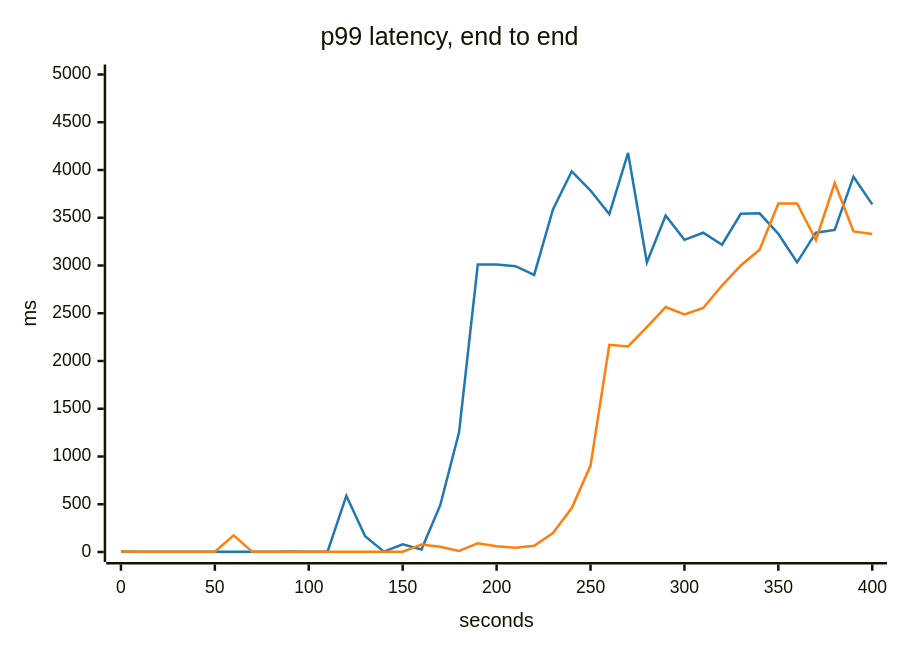
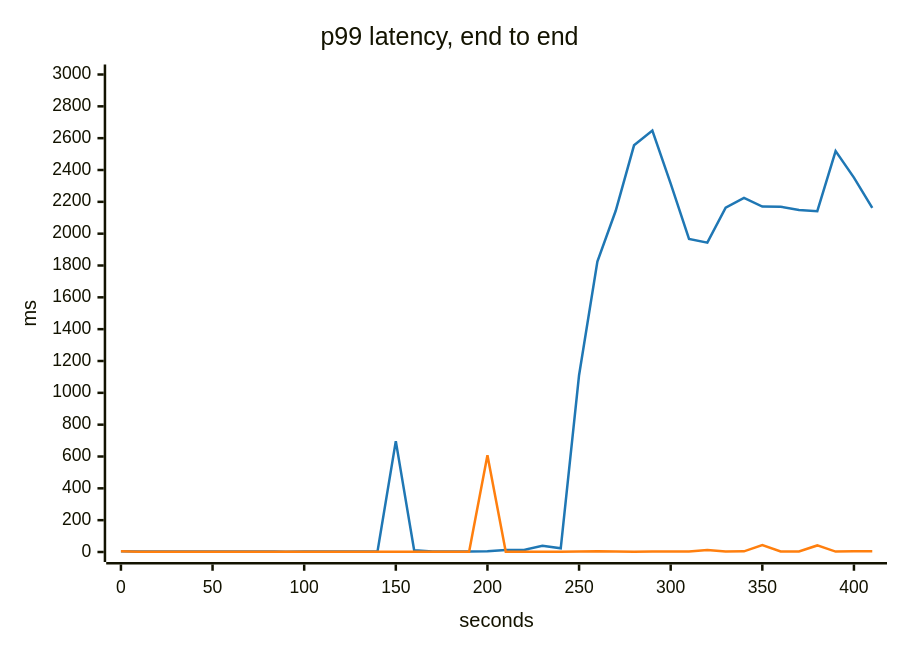
One commit to akinfemi/load-lore changed the second of 2 diagrams in scenarios/when-to-scale-your-database/solutions/one-query-per-page/compare.md. Above: the diagram before and after it, drawn with Mermaid. The commit also changed other lines of this file and 4 other files, not shown here.

````diff
--- a/scenarios/when-to-scale-your-database/solutions/one-query-per-page/compare.md
+++ b/scenarios/when-to-scale-your-database/solutions/one-query-per-page/compare.md
@@ -52,15 +52,15 @@
 ```mermaid
 ---
 config:
   themeVariables:
     xyChart:
       backgroundColor: "transparent"
       plotColorPalette: "#1f77b4, #ff7f0e"
 ---
 xychart-beta
     title "p99 latency, end to end"
-    x-axis "seconds" 0 --> 400
-    y-axis "ms" 0 --> 5000
-    line [4.33, 2.863, 2.853, 2.69, 2.33, 2.925, 2.711, 2.623, 2.664, 4.202, 2.75, 3.839, 588.321, 165.548, 4.125, 80.64, 27.383, 489.988, 1252.565, 3011.617, 3011.018, 2993.195, 2901.504, 3586.854, 3986.658, 3784.405, 3538.298, 4178.403, 3031.969, 3524.331, 3268.7, 3343.241, 3217.829, 3542.019, 3546.201, 3331.507, 3033.331, 3343.66, 3372.584, 3929.978, 3640.394]
-    line [4.132, 2.892, 2.329, 2.097, 1.858, 2.403, 173.538, 1.516, 1.879, 2.042, 2.143, 2.03, 2.659, 3.006, 2.633, 2.604, 79.391, 54.681, 11.513, 92.261, 61.354, 44.764, 64.839, 198.853, 460.323, 904.47, 2169.321, 2151.887, 2354.638, 2564.778, 2488.754, 2555.165, 2790.292, 3000, 3166.218, 3649.606, 3649.398, 3266.942, 3863.276, 3356.474, 3329.247]
+    x-axis "seconds" 0 --> 410
+    y-axis "ms" 0 --> 3000
+    line [4.576, 3.761, 3.136, 3.248, 2.551, 2.695, 2.798, 2.675, 2.452, 2.347, 2.662, 2.708, 2.594, 2.393, 2.436, 696.863, 11.617, 2.451, 2.528, 2.934, 4.604, 12.485, 12.577, 39.649, 22.912, 1110.68, 1824.718, 2143.762, 2555.25, 2647.995, 2314.767, 1966.43, 1943.822, 2163.246, 2224.792, 2170.21, 2169.437, 2148.749, 2141.536, 2518.847, 2352.047, 2161.83]
+    line [4.076, 2.19, 1.777, 1.741, 1.59, 1.649, 1.845, 1.777, 1.776, 1.695, 1.641, 1.678, 1.586, 1.584, 2.006, 1.889, 1.96, 2.346, 2.123, 2.192, 608.308, 2.187, 2.202, 2.246, 2.002, 2.682, 5.034, 2.917, 2.338, 3.811, 3.809, 3.562, 12.186, 2.745, 3.974, 43.672, 3.164, 3.851, 41.223, 2.741, 5.346, 4.585]
 ```
````
